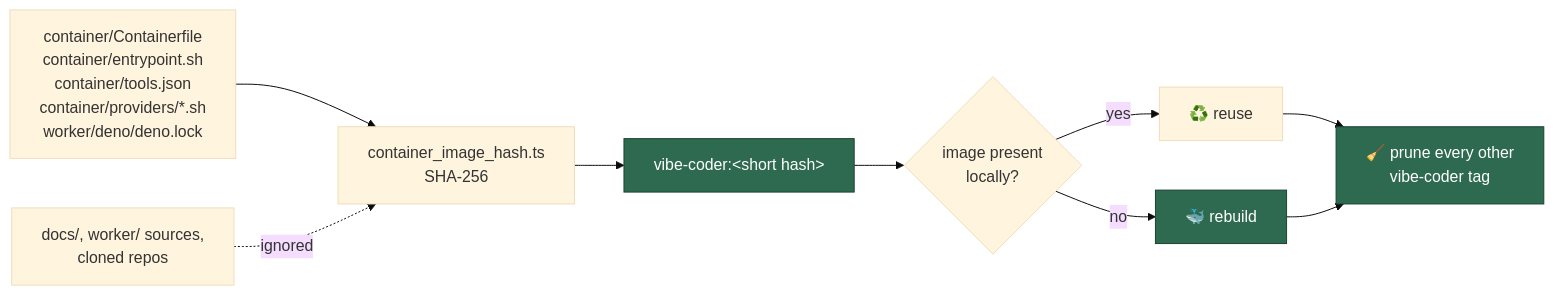
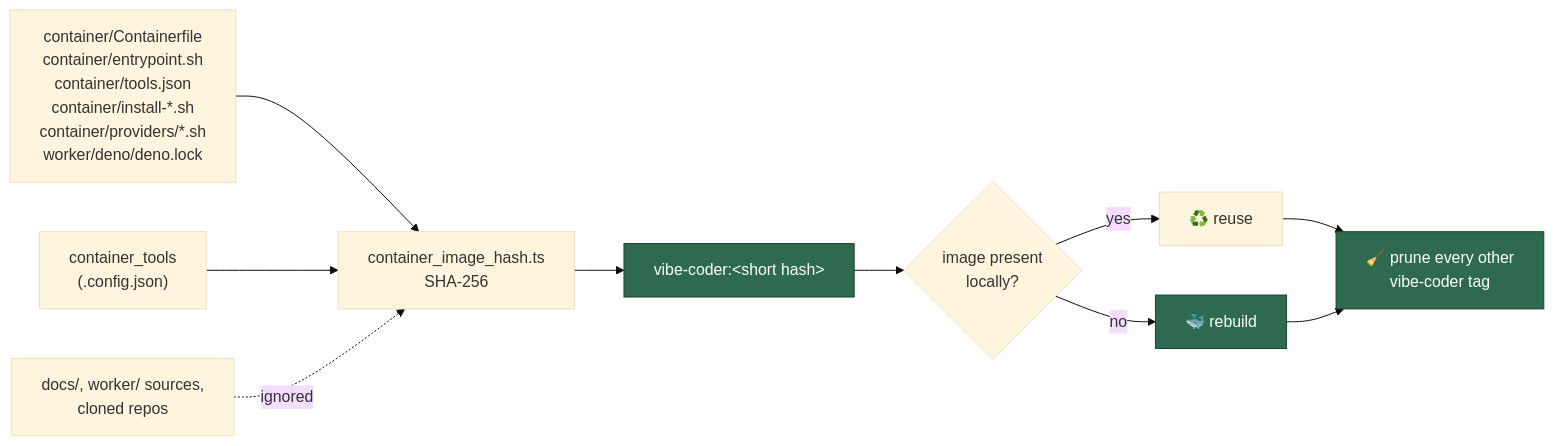
Before and after one commit to stSoftwareAU/VibeCoder: the fourth of 12 diagrams in docs/CONTAINER.md, drawn with Mermaid (base theme). The commit also changed other lines of this file and 10 other files, not shown here.

First line of the commit message:
Include the selected tool spec in the container image hash (Issue #73)

````diff
--- a/docs/CONTAINER.md
+++ b/docs/CONTAINER.md
@@ -233,14 +249,15 @@
 ```mermaid
 flowchart LR
-    I["container/Containerfile<br/>container/entrypoint.sh<br/>container/tools.json<br/>container/providers/*.sh<br/>worker/deno/deno.lock"] --> H["container_image_hash.ts<br/>SHA-256"]
+    I["container/Containerfile<br/>container/entrypoint.sh<br/>container/tools.json<br/>container/install-*.sh<br/>container/providers/*.sh<br/>worker/deno/deno.lock"] --> H["container_image_hash.ts<br/>SHA-256"]
+    C["container_tools<br/>(.config.json)"] --> H
     W["docs/, worker/ sources,<br/>cloned repos"] -.ignored.-> H
     H --> R["vibe-coder:&lt;short hash&gt;"]
     R --> D{"image present<br/>locally?"}
     D -->|yes| U["♻️ reuse"]
     D -->|no| B["🐳 rebuild"]
     U --> P["🧹 prune every other<br/>vibe-coder tag"]
     B --> P
     style R fill:#2d6a4f,stroke:#1b4332,color:#fff
     style B fill:#2d6a4f,stroke:#1b4332,color:#fff
     style P fill:#2d6a4f,stroke:#1b4332,color:#fff
 ```
````
